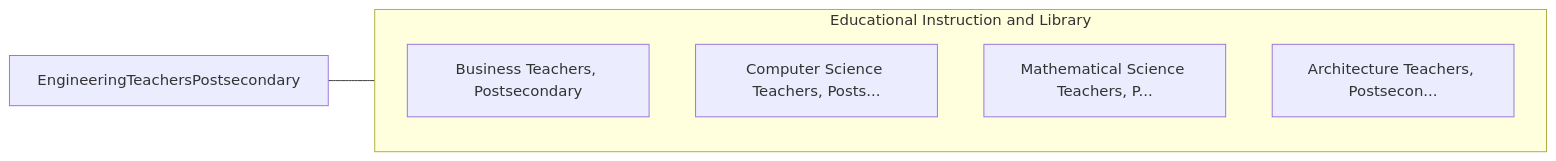
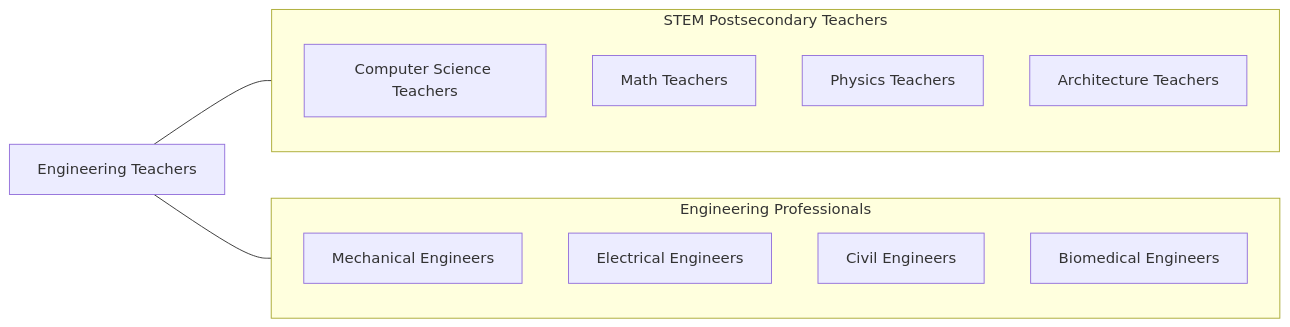
One commit to kziemski/business.org.ai changed the fourth of 4 diagrams in occupations/Education/EngineeringTeachersPostsecondary.mdx. Above: the diagram before and after it, drawn with Mermaid. The commit also changed other lines of this file and 938 other files, not shown here.

````diff
--- a/occupations/Education/EngineeringTeachersPostsecondary.mdx
+++ b/occupations/Education/EngineeringTeachersPostsecondary.mdx
@@ -93,13 +173,21 @@
 ```mermaid
 graph LR
-    Current["EngineeringTeachersPostsecondary"]
+    Current["Engineering Teachers"]
 
-    subgraph SameCategory["Educational Instruction and Library"]
-        BusinessTeachersPost["Business Teachers, Postsecondary"]
-        ComputerScienceTeach["Computer Science Teachers, Posts..."]
-        MathematicalScienceT["Mathematical Science Teachers, P..."]
-        ArchitectureTeachers["Architecture Teachers, Postsecon..."]
+    subgraph SameCategory["STEM Postsecondary Teachers"]
+        CS["Computer Science Teachers"]
+        Math["Math Teachers"]
+        Physics["Physics Teachers"]
+        Architecture["Architecture Teachers"]
+    end
+
+    subgraph CrossFunctional["Engineering Professionals"]
+        MechEng["Mechanical Engineers"]
+        EE["Electrical Engineers"]
+        CivilEng["Civil Engineers"]
+        BiomedEng["Biomedical Engineers"]
     end
 
     Current --- SameCategory
+    Current --- CrossFunctional
 ```
````
